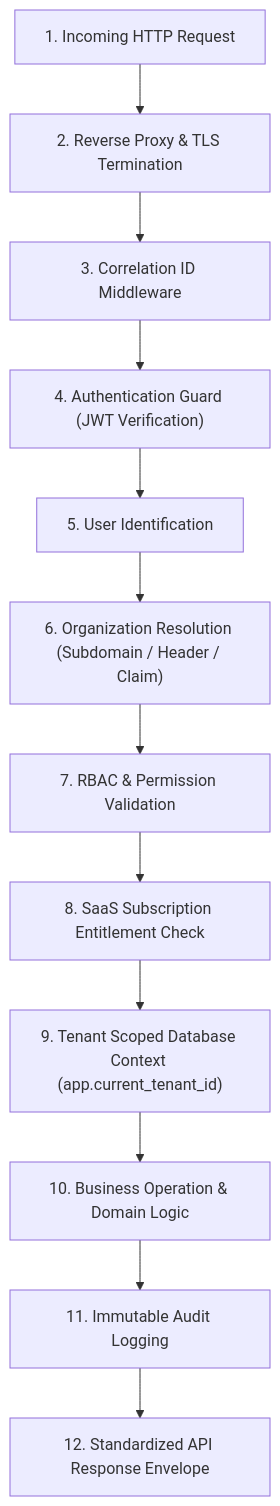
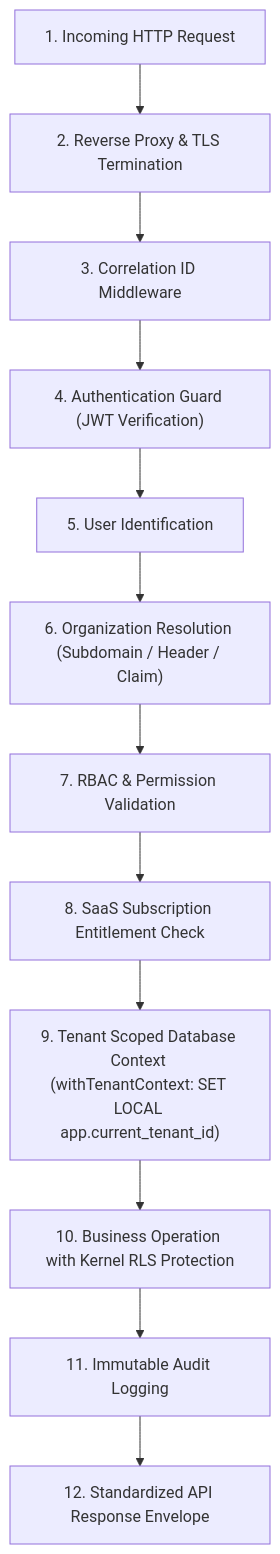
One commit to Sudhirkdnw/GYM changed the diagram in docs/architecture/multi-tenancy.md. Above: the diagram before and after it, drawn with Mermaid. The commit also changed other lines of this file and 3 other files, not shown here.

````diff
--- a/docs/architecture/multi-tenancy.md
+++ b/docs/architecture/multi-tenancy.md
@@ -25,14 +157,14 @@
 ```mermaid
 flowchart TD
     A["1. Incoming HTTP Request"] --> B["2. Reverse Proxy & TLS Termination"]
     B --> C["3. Correlation ID Middleware"]
     C --> D["4. Authentication Guard (JWT Verification)"]
     D --> E["5. User Identification"]
     E --> F["6. Organization Resolution (Subdomain / Header / Claim)"]
     F --> G["7. RBAC & Permission Validation"]
     G --> H["8. SaaS Subscription Entitlement Check"]
-    H --> I["9. Tenant Scoped Database Context (app.current_tenant_id)"]
-    I --> J["10. Business Operation & Domain Logic"]
+    H --> I["9. Tenant Scoped Database Context (withTenantContext: SET LOCAL app.current_tenant_id)"]
+    I --> J["10. Business Operation with Kernel RLS Protection"]
     J --> K["11. Immutable Audit Logging"]
     K --> L["12. Standardized API Response Envelope"]
 ```
````
